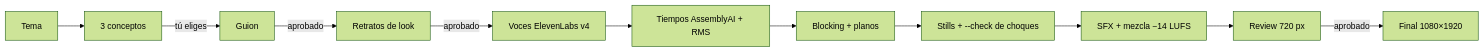
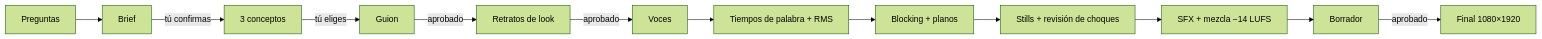
One commit to santmun/sketch-plastilina changed the diagram in README.md. Above: the diagram before and after it, drawn with Mermaid (forest theme). The commit also changed other lines of this file and 39 other files, not shown here.

First line of the commit message:
Skill adaptable a cualquier tema, avatar y herramienta de voces

````diff
--- a/README.md
+++ b/README.md
@@ -94,13 +50,14 @@
 ```mermaid
 flowchart LR
-  A[Tema] --> B[3 conceptos]
+  P[Preguntas] --> A[Brief]
+  A -->|tú confirmas| B[3 conceptos]
   B -->|tú eliges| C[Guion]
   C -->|aprobado| D[Retratos de look]
-  D -->|aprobado| E[Voces ElevenLabs v4]
-  E --> F[Tiempos AssemblyAI + RMS]
+  D -->|aprobado| E[Voces]
+  E --> F[Tiempos de palabra + RMS]
   F --> G[Blocking + planos]
-  G --> H[Stills + --check de choques]
+  G --> H[Stills + revisión de choques]
   H --> I[SFX + mezcla −14 LUFS]
-  I --> J[Review 720 px]
+  I --> J[Borrador]
   J -->|aprobado| K[Final 1080×1920]
 ```
````
